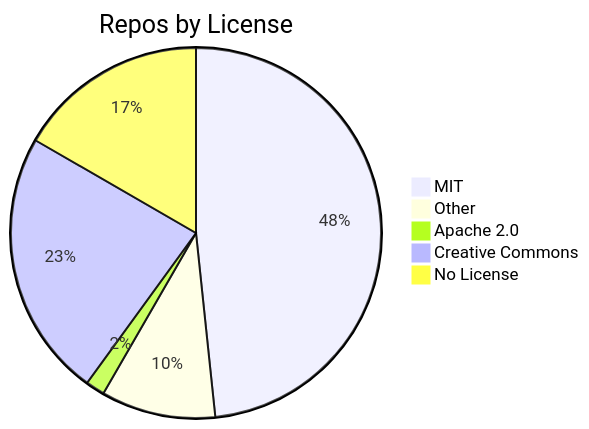
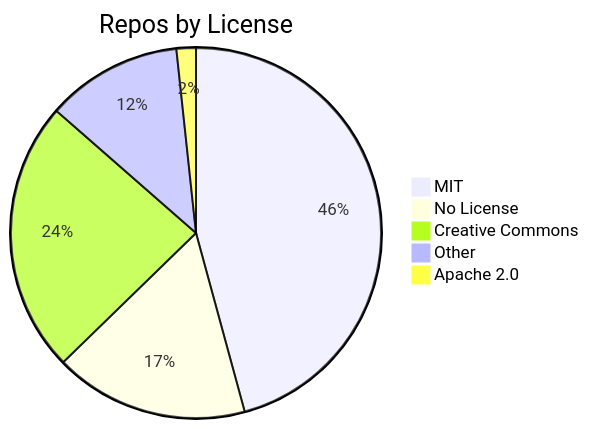
Before and after one commit to jpatterson933/awesome-mcp-server-repo-index: the diagram in README.md, drawn with Mermaid. The commit also changed other lines of this file and 7 other files, not shown here.

````diff
--- a/README.md
+++ b/README.md
@@ -31,8 +31,8 @@
 ```mermaid
 pie title Repos by License
-    "MIT" : 29
-    "Other" : 6
+    "MIT" : 27
+    "No License" : 10
+    "Creative Commons" : 14
+    "Other" : 7
     "Apache 2.0" : 1
-    "Creative Commons" : 14
-    "No License" : 10
 ```
````
